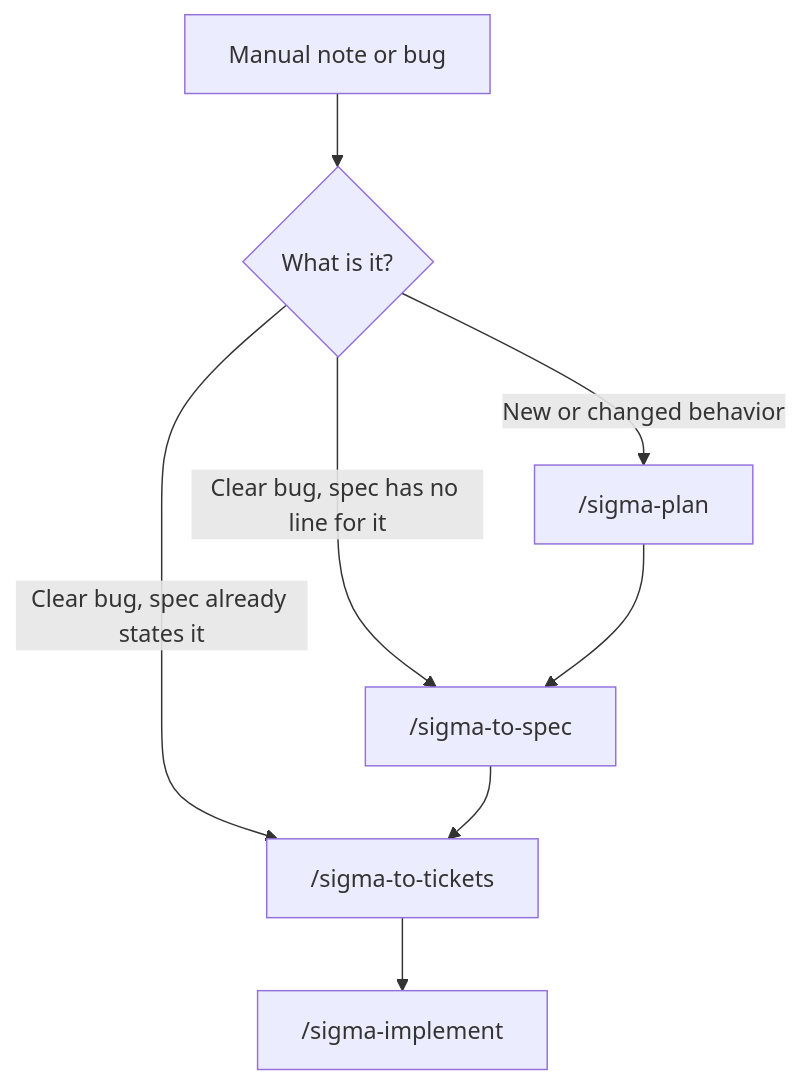
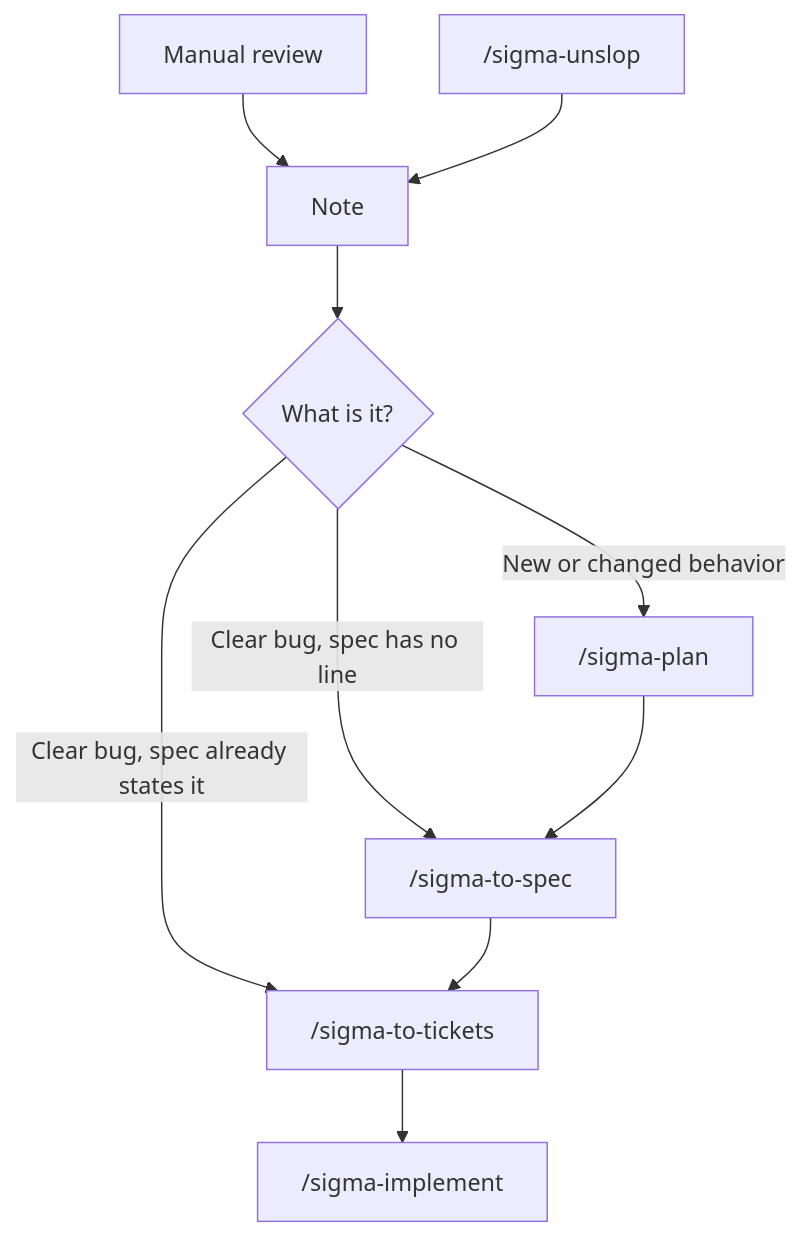
One commit to sigma-michael/sigma-build-factory changed the second of 2 diagrams in README.md. Above: the diagram before and after it, drawn with Mermaid. The commit also changed other lines of this file and 7 other files, not shown here.

````diff
--- a/README.md
+++ b/README.md
@@ -57,10 +57,12 @@
 ```mermaid
 flowchart TD
-  note["Manual note or bug"] --> kind{"What is it?"}
+  manual["Manual review"] --> note["Note"]
+  unslop["/sigma-unslop"] --> note
+  note --> kind{"What is it?"}
   kind -->|"New or changed behavior"| planNote["/sigma-plan"]
-  kind -->|"Clear bug, spec has no line for it"| specNote["/sigma-to-spec"]
+  kind -->|"Clear bug, spec has no line"| specNote["/sigma-to-spec"]
   kind -->|"Clear bug, spec already states it"| ticketNote["/sigma-to-tickets"]
   planNote --> specNote
   specNote --> ticketNote
   ticketNote --> implNote["/sigma-implement"]
 ```
````
